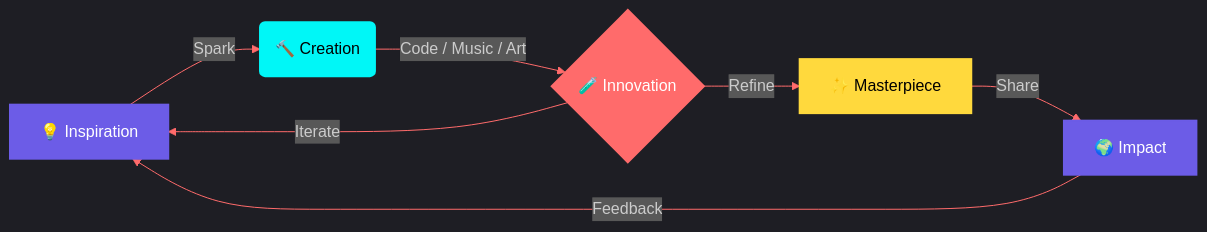
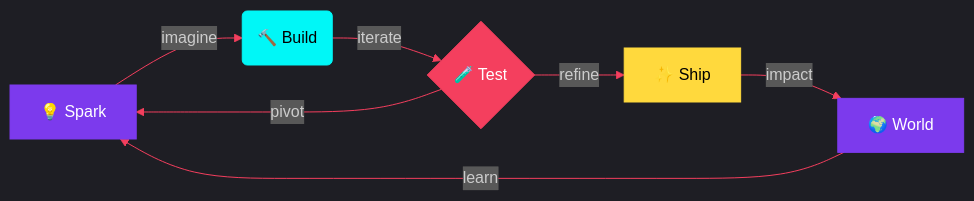
One commit to iakadion/iakadion changed the diagram in README.md. Above: the diagram before and after it, drawn with Mermaid. The commit also changed other lines of this file, not shown here.

````diff
--- a/README.md
+++ b/README.md
@@ -517,16 +431,16 @@
 ```mermaid
-%%{init: {'theme':'dark', 'themeVariables': {'primaryColor': '#00f7f7', 'primaryTextColor': '#fff', 'primaryBorderColor': '#6c5ce7', 'lineColor': '#ff6b6b', 'secondaryColor': '#0d1117', 'tertiaryColor': '#161b22'}}}%%
+%%{init: {'theme':'dark', 'themeVariables': {'primaryColor': '#00f7f7', 'primaryTextColor': '#fff', 'primaryBorderColor': '#7C3AED', 'lineColor': '#F43F5E', 'secondaryColor': '#0D1117', 'tertiaryColor': '#161B22'}}}%%
 graph LR
-    A["💡 Inspiration"] -->|"Spark"| B("🔨 Creation")
-    B -->|"Code / Music / Art"| C{"🧪 Innovation"}
-    C -->|"Refine"| D["✨ Masterpiece"]
-    C -->|"Iterate"| A
-    D -->|"Share"| E["🌍 Impact"]
-    E -->|"Feedback"| A
+    A["💡 Spark"] -->|imagine| B("🔨 Build")
+    B -->|iterate| C{"🧪 Test"}
+    C -->|refine| D["✨ Ship"]
+    C -->|pivot| A
+    D -->|impact| E["🌍 World"]
+    E -->|learn| A
 
-    style A fill:#6c5ce7,stroke:#6c5ce7,stroke-width:2px,color:#fff
-    style B fill:#00f7f7,stroke:#00f7f7,stroke-width:2px,color:#000
-    style C fill:#ff6b6b,stroke:#ff6b6b,stroke-width:2px,color:#fff
-    style D fill:#ffd93d,stroke:#ffd93d,stroke-width:2px,color:#000
-    style E fill:#6c5ce7,stroke:#6c5ce7,stroke-width:2px,color:#fff
+    style A fill:#7C3AED,stroke:#7C3AED,color:#fff
+    style B fill:#00F7F7,stroke:#00F7F7,color:#000
+    style C fill:#F43F5E,stroke:#F43F5E,color:#fff
+    style D fill:#FFD93D,stroke:#FFD93D,color:#000
+    style E fill:#7C3AED,stroke:#7C3AED,color:#fff
 ```
````
